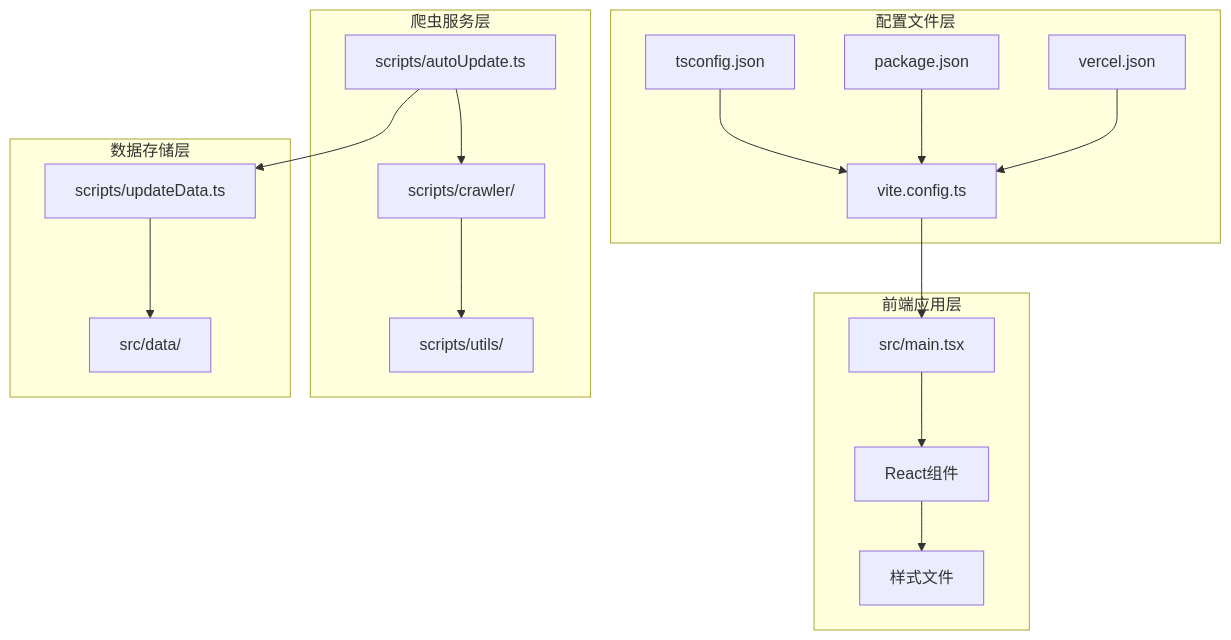
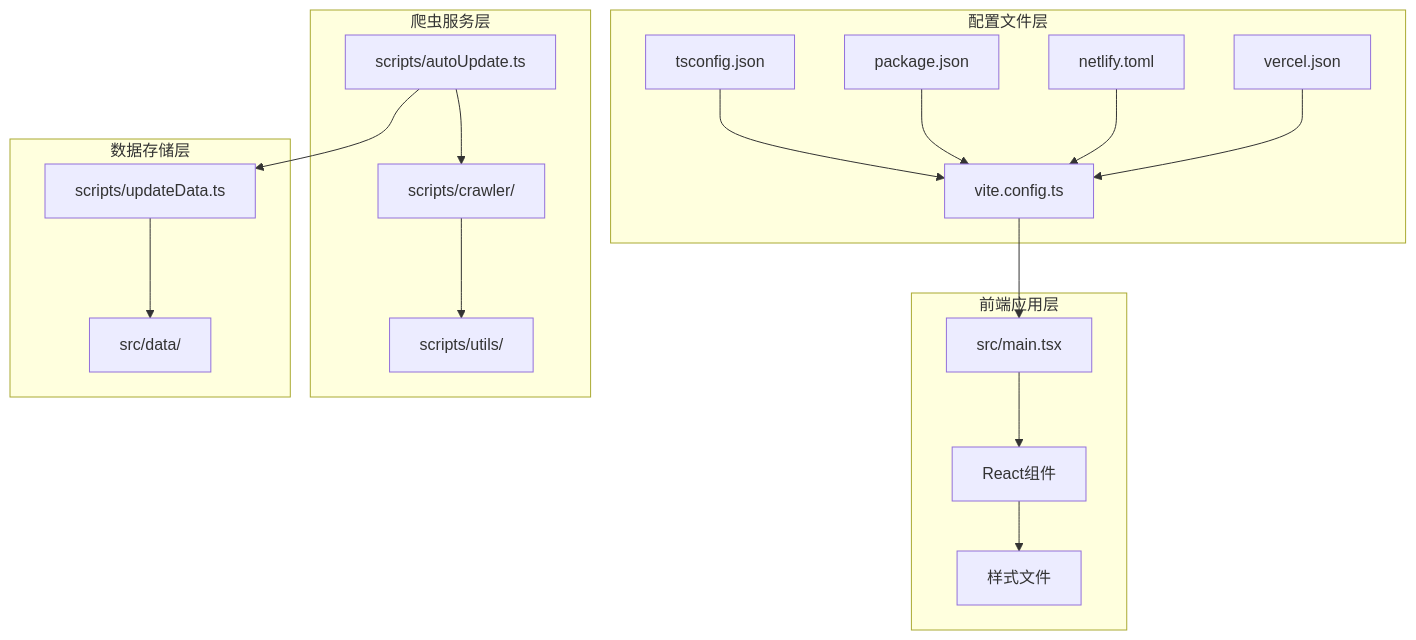
The first of 9 diagrams in .qoder/repowiki/zh/content/部署与维护/现代化部署配置.md (liangxuanliang-cmd/carbon-info-agent), drawn with Mermaid before and after one commit. The commit also changed other lines of this file and 4 other files, not shown here.

````diff
--- a/.qoder/repowiki/zh/content/部署与维护/现代化部署配置.md
+++ b/.qoder/repowiki/zh/content/部署与维护/现代化部署配置.md
@@ -49,33 +58,35 @@
 ```mermaid
 graph TB
 subgraph "前端应用层"
 A[src/main.tsx]
 B[React组件]
 C[样式文件]
 end
 subgraph "配置文件层"
 D[vite.config.ts]
 E[tsconfig.json]
 F[package.json]
-G[vercel.json]
+G[netlify.toml]
+H[vercel.json]
 end
 subgraph "爬虫服务层"
-H[scripts/crawler/]
-I[scripts/utils/]
-J[scripts/autoUpdate.ts]
+I[scripts/crawler/]
+J[scripts/utils/]
+K[scripts/autoUpdate.ts]
 end
 subgraph "数据存储层"
-K[src/data/]
-L[scripts/updateData.ts]
+L[src/data/]
+M[scripts/updateData.ts]
 end
 A --> B
 B --> C
 D --> A
 E --> D
 F --> D
 G --> D
-H --> I
-J --> H
-J --> L
-L --> K
+H --> D
+I --> J
+K --> I
+K --> M
+M --> L
 ```
````
